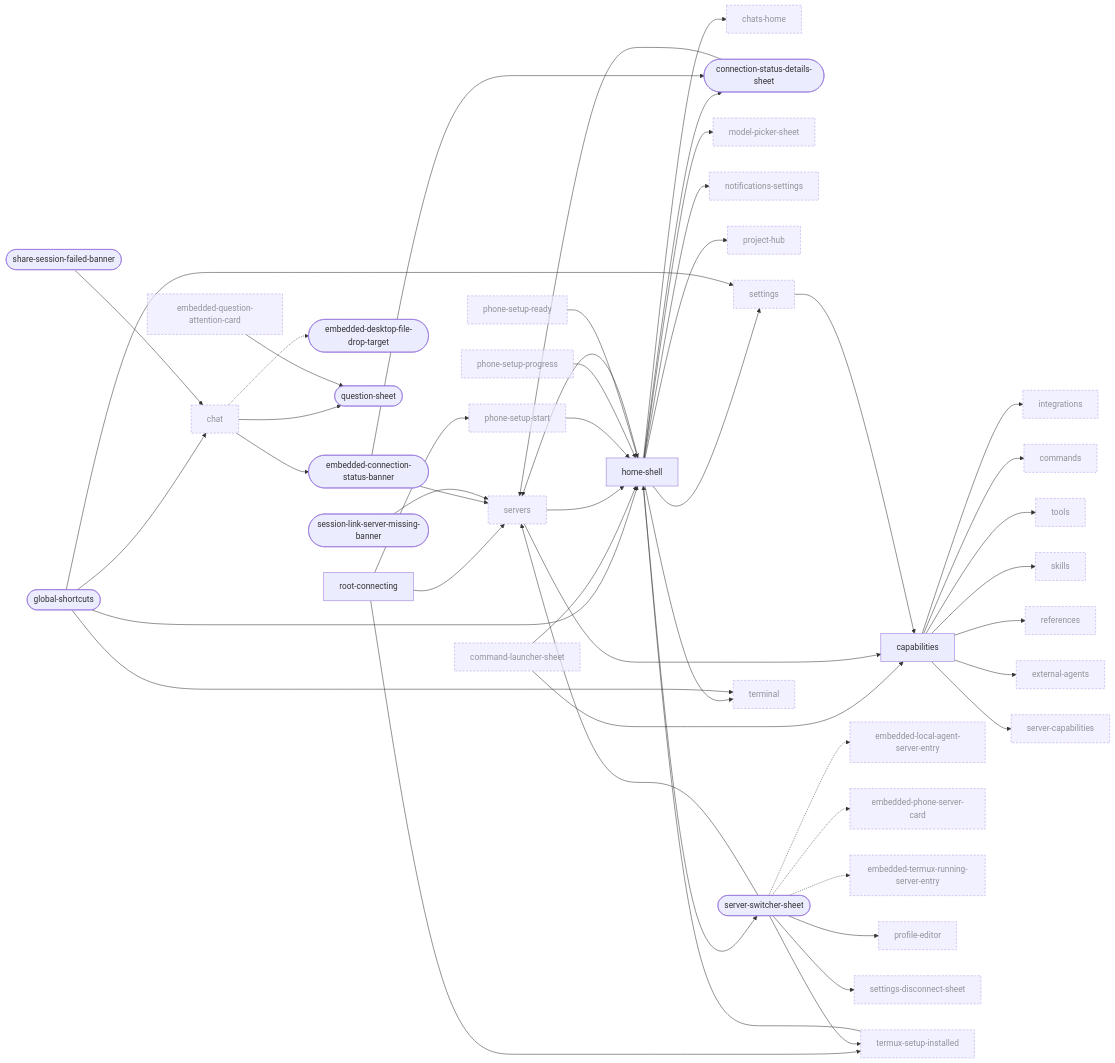
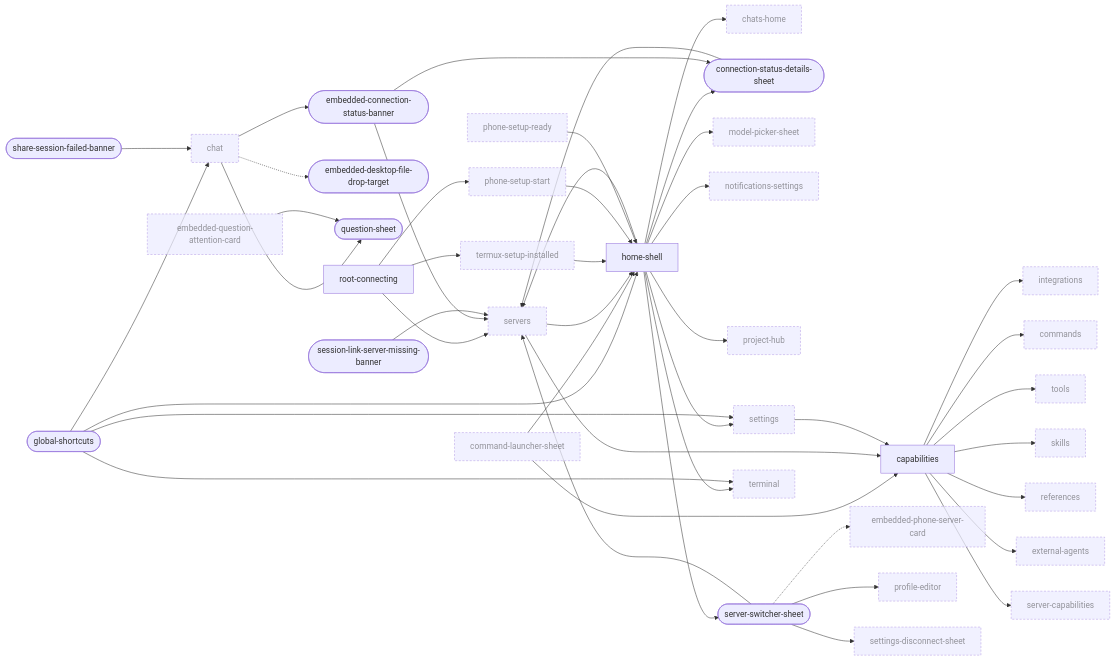
Before and after one commit to Eslamasabry/opencode-mobile-next: the first of 11 diagrams in docs/design/ui-ledger/navigation.md, drawn with Mermaid. The commit also changed other lines of this file and 473 other files, not shown here.

```diff
--- a/docs/design/ui-ledger/navigation.md
+++ b/docs/design/ui-ledger/navigation.md
@@ -27,17 +27,14 @@
   connection_status_details_sheet(["connection-status-details-sheet"])
   embedded_connection_status_banner(["embedded-connection-status-banner"])
   embedded_desktop_file_drop_target(["embedded-desktop-file-drop-target"])
-  embedded_local_agent_server_entry["embedded-local-agent-server-entry"]:::ext
   embedded_phone_server_card["embedded-phone-server-card"]:::ext
   embedded_question_attention_card["embedded-question-attention-card"]:::ext
-  embedded_termux_running_server_entry["embedded-termux-running-server-entry"]:::ext
   external_agents["external-agents"]:::ext
   global_shortcuts(["global-shortcuts"])
   home_shell["home-shell"]
   integrations["integrations"]:::ext
   model_picker_sheet["model-picker-sheet"]:::ext
   notifications_settings["notifications-settings"]:::ext
-  phone_setup_progress["phone-setup-progress"]:::ext
   phone_setup_ready["phone-setup-ready"]:::ext
   phone_setup_start["phone-setup-start"]:::ext
   profile_editor["profile-editor"]:::ext
@@ -70,7 +67,6 @@
   server_switcher_sheet --> servers
   server_switcher_sheet --> profile_editor
   server_switcher_sheet --> settings_disconnect_sheet
-  server_switcher_sheet --> termux_setup_installed
   connection_status_details_sheet --> servers
   embedded_connection_status_banner --> servers
   embedded_connection_status_banner --> connection_status_details_sheet
@@ -96,12 +92,9 @@
   servers --> capabilities
   termux_setup_installed --> home_shell
   phone_setup_start --> home_shell
-  phone_setup_progress --> home_shell
   phone_setup_ready --> home_shell
   settings --> capabilities
   chat -.-> embedded_desktop_file_drop_target
-  server_switcher_sheet -.-> embedded_termux_running_server_entry
-  server_switcher_sheet -.-> embedded_local_agent_server_entry
   server_switcher_sheet -.-> embedded_phone_server_card
   home_shell --> model_picker_sheet
   classDef ext stroke-dasharray: 4 3,opacity:0.7
```
